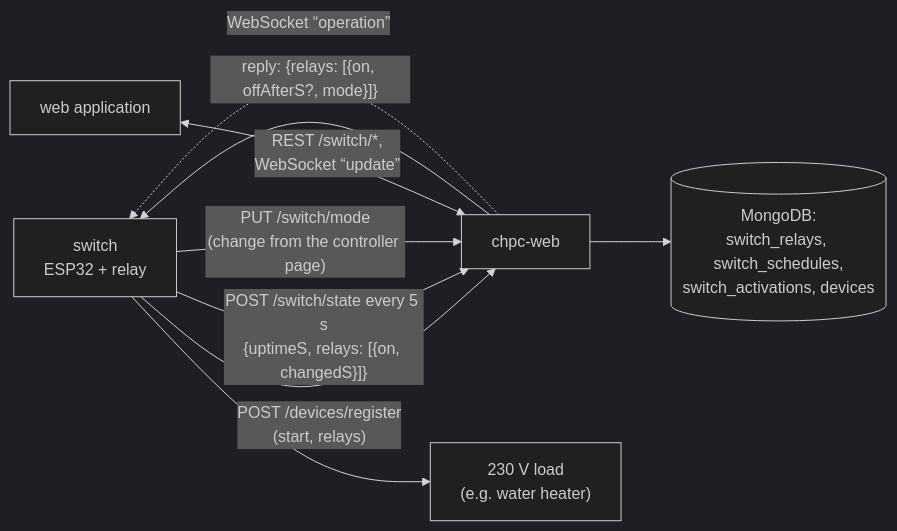
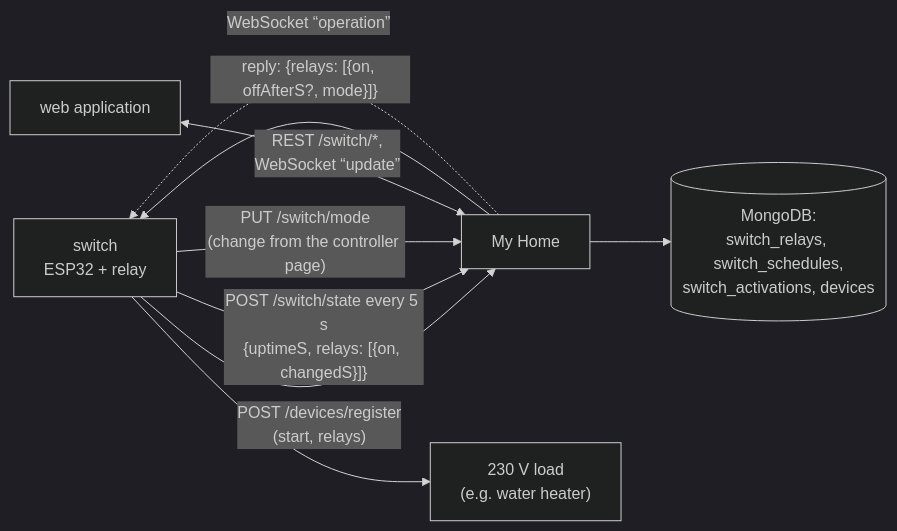
The first of 5 diagrams in docs/en/moduly/switch/2-how-it-works.md (robertorlowski/chpc-web), drawn with Mermaid (dark theme) before and after one commit. The commit also changed 37 other files, not shown here.

First line of the commit message:
Dokumentacja: nazwa systemu My Home zamiast chpc-web, README po angielsku

````diff
--- a/docs/en/moduly/switch/2-how-it-works.md
+++ b/docs/en/moduly/switch/2-how-it-works.md
@@ -7,11 +7,11 @@
 ```mermaid
 flowchart LR
-    ESP["switch<br/>ESP32 + relay"] -- "POST /devices/register<br/>(start, relays)" --> SRV["chpc-web"]
+    ESP["switch<br/>ESP32 + relay"] -- "POST /devices/register<br/>(start, relays)" --> SRV["My Home"]
     ESP -- "POST /switch/state every 5 s<br/>{uptimeS, relays: [{on, changedS}]}" --> SRV
     SRV -- "reply: {relays: [{on, offAfterS?, mode}]}" --> ESP
     ESP -- "PUT /switch/mode<br/>(change from the controller page)" --> SRV
     SRV -. "WebSocket “operation”" .-> ESP
     SRV --> DB[("MongoDB:<br/>switch_relays, switch_schedules,<br/>switch_activations, devices")]
     WEB["web application"] <-- "REST /switch/*,<br/>WebSocket “update”" --> SRV
     ESP --> LOAD["230 V load<br/>(e.g. water heater)"]
 ```
````
